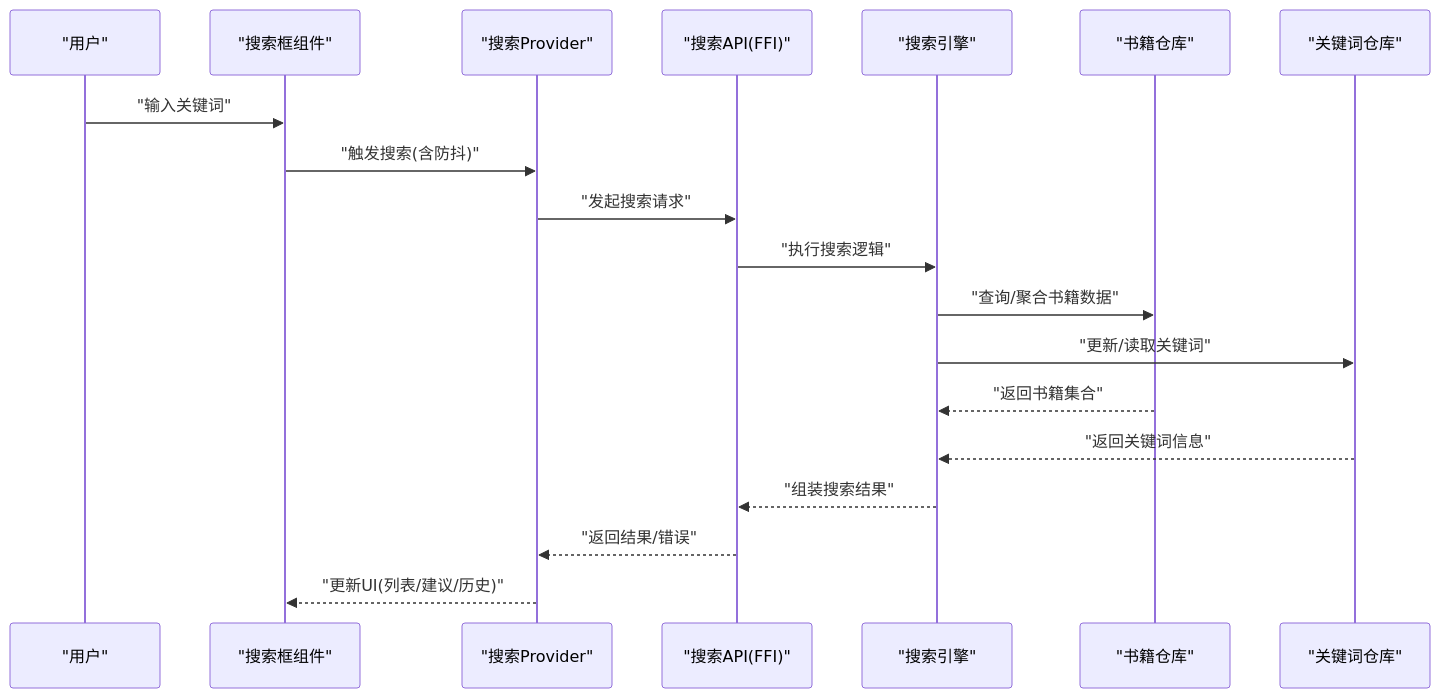
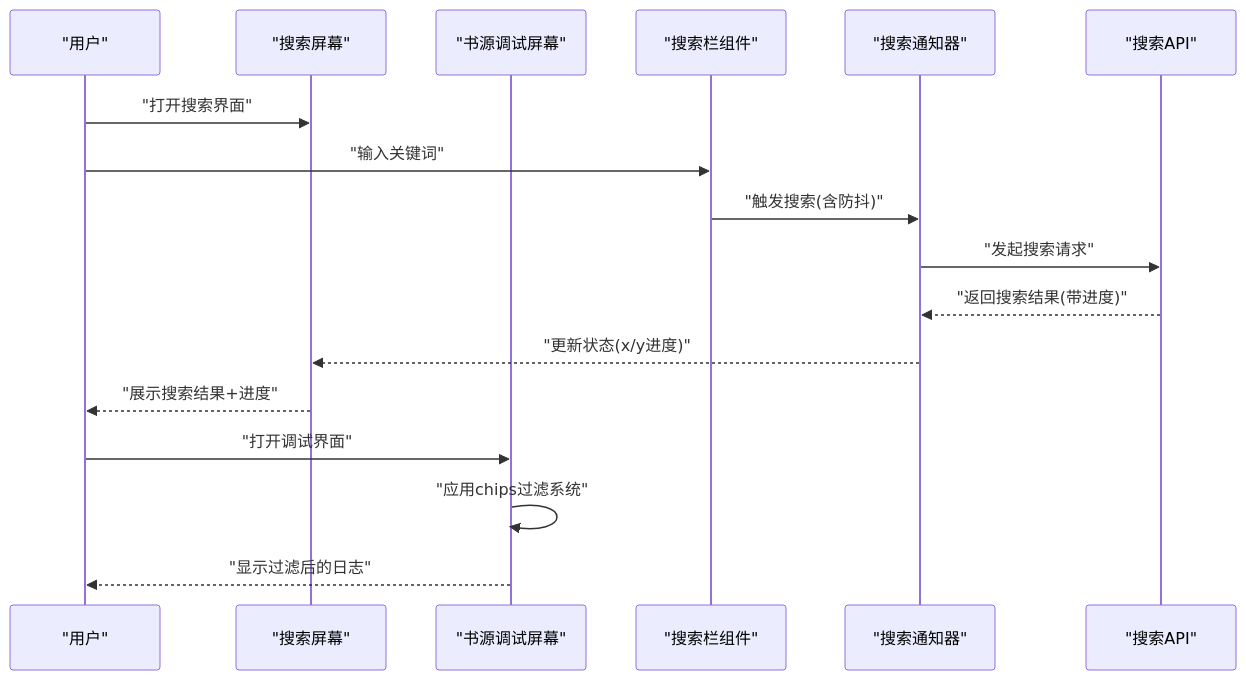
One commit to ZhangGHGitHub/LegadoTeamFlutter changed the second of 7 diagrams in .qoder/repowiki/zh/content/搜索功能/搜索界面组件/搜索界面组件.md. Above: the diagram before and after it, drawn with Mermaid. The commit also changed other lines of this file and 173 other files, not shown here.

````diff
--- a/.qoder/repowiki/zh/content/搜索功能/搜索界面组件/搜索界面组件.md
+++ b/.qoder/repowiki/zh/content/搜索功能/搜索界面组件/搜索界面组件.md
@@ -116,21 +148,19 @@
 ```mermaid
 sequenceDiagram
 participant U as "用户"
-participant FSB as "搜索框组件"
-participant FProv as "搜索Provider"
-participant FFI as "搜索API(FFI)"
-participant Core as "搜索引擎"
-participant RepoB as "书籍仓库"
-participant RepoK as "关键词仓库"
-U->>FSB : "输入关键词"
-FSB->>FProv : "触发搜索(含防抖)"
-FProv->>FFI : "发起搜索请求"
-FFI->>Core : "执行搜索逻辑"
-Core->>RepoB : "查询/聚合书籍数据"
-Core->>RepoK : "更新/读取关键词"
-RepoB-->>Core : "返回书籍集合"
-RepoK-->>Core : "返回关键词信息"
-Core-->>FFI : "组装搜索结果"
-FFI-->>FProv : "返回结果/错误"
-FProv-->>FSB : "更新UI(列表/建议/历史)"
+participant SS as "搜索屏幕"
+participant SDS as "书源调试屏幕"
+participant SBW as "搜索栏组件"
+participant SN as "搜索通知器"
+participant SA as "搜索API"
+U->>SS : "打开搜索界面"
+U->>SBW : "输入关键词"
+SBW->>SN : "触发搜索(含防抖)"
+SN->>SA : "发起搜索请求"
+SA-->>SN : "返回搜索结果(带进度)"
+SN-->>SS : "更新状态(x/y进度)"
+SS-->>U : "展示搜索结果+进度"
+U->>SDS : "打开调试界面"
+SDS->>SDS : "应用chips过滤系统"
+SDS-->>U : "显示过滤后的日志"
 ```
````
